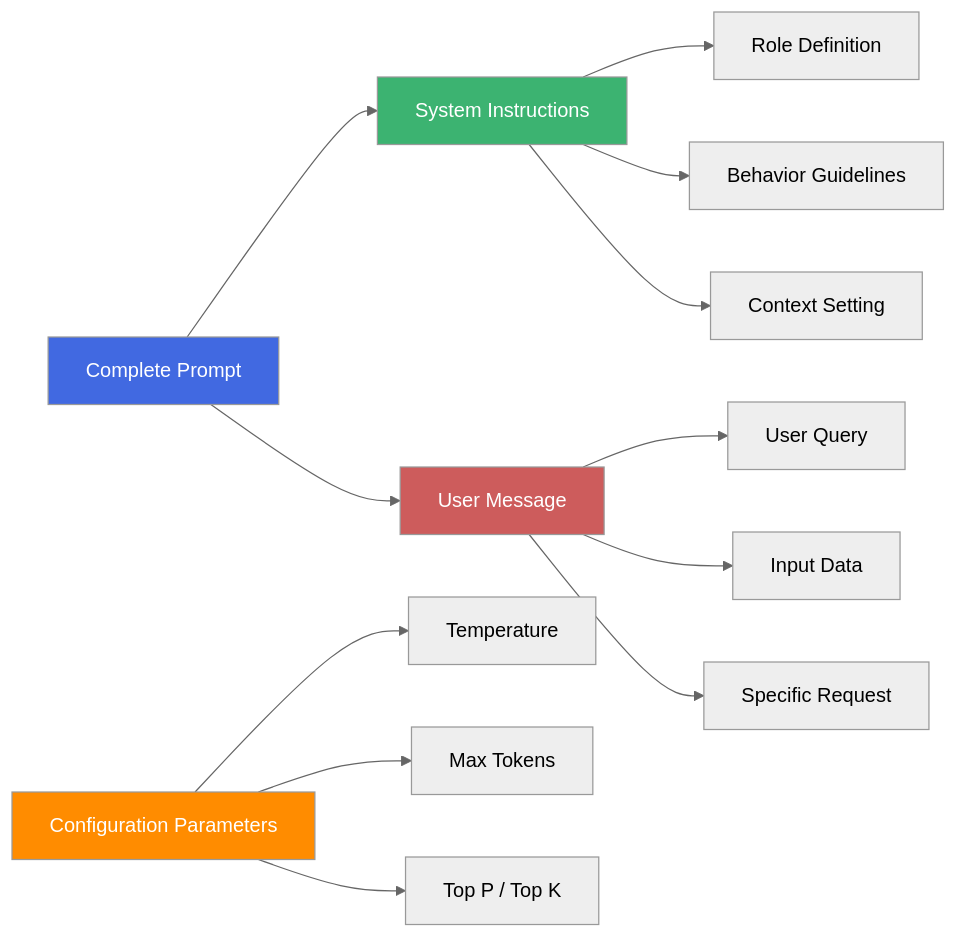
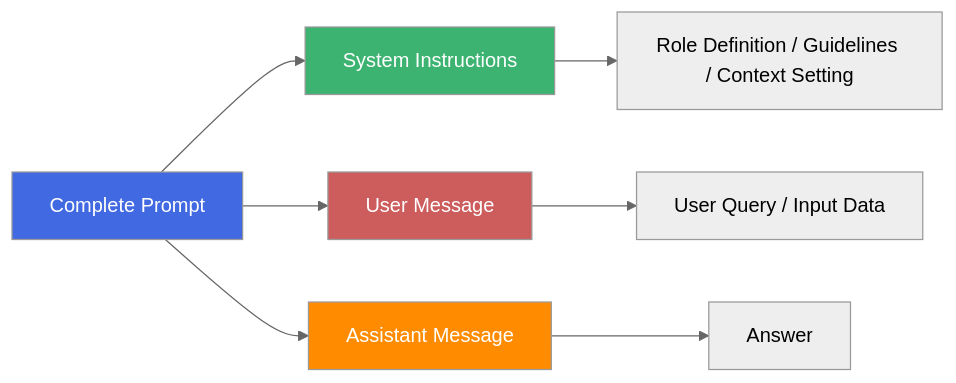
The diagram in 01-ai-basic-principles/03-llm-prompt-and-settings/000.prompt-anatomy.md (SimonGomezUniv/compose-and-dragons-v5), drawn with Mermaid (neutral theme) before and after one commit. The commit also changed other lines of this file and 15 other files, not shown here.

````diff
--- a/01-ai-basic-principles/03-llm-prompt-and-settings/000.prompt-anatomy.md
+++ b/01-ai-basic-principles/03-llm-prompt-and-settings/000.prompt-anatomy.md
@@ -22,25 +21,17 @@
-```mermaid
+<div class="mermaid">
 flowchart LR
     A[Complete Prompt]
-    D[Configuration Parameters]
 
     A --> B[System Instructions]
     A --> C[User Message]
+    A --> D[Assistant Message]
 
-    B --> B1[Role Definition]
-    B --> B2[Behavior Guidelines]
-    B --> B3[Context Setting]
-
-    C --> C1[User Query]
-    C --> C2[Input Data]
-    C --> C3[Specific Request]
-
-    D --> D1[Temperature]
-    D --> D2[Max Tokens]
-    D --> D3[Top P / Top K]
+    B --> B1[Role Definition / Guidelines / Context Setting]
+    C --> C1[User Query / Input Data ]
+    D --> D1[Answer]
 
     style A fill:#4169e1,color:#fff
     style B fill:#3cb371,color:#fff
     style C fill:#cd5c5c,color:#fff
     style D fill:#ff8c00,color:#fff
-```
+</div>
````
